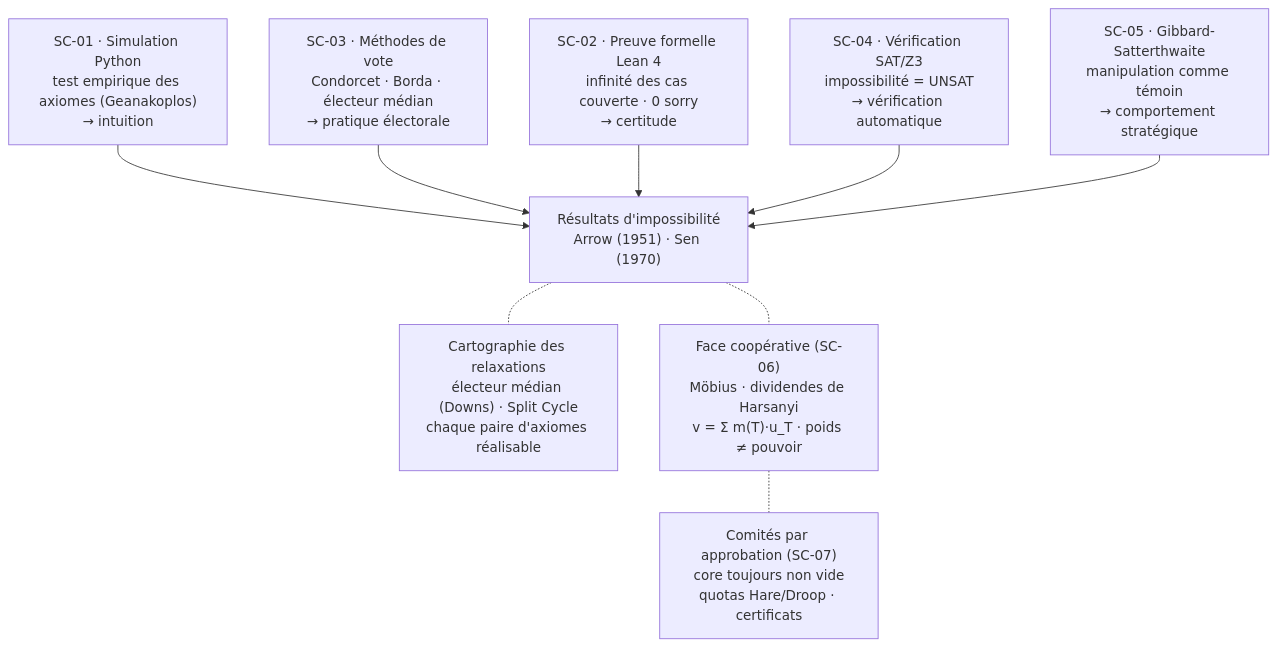
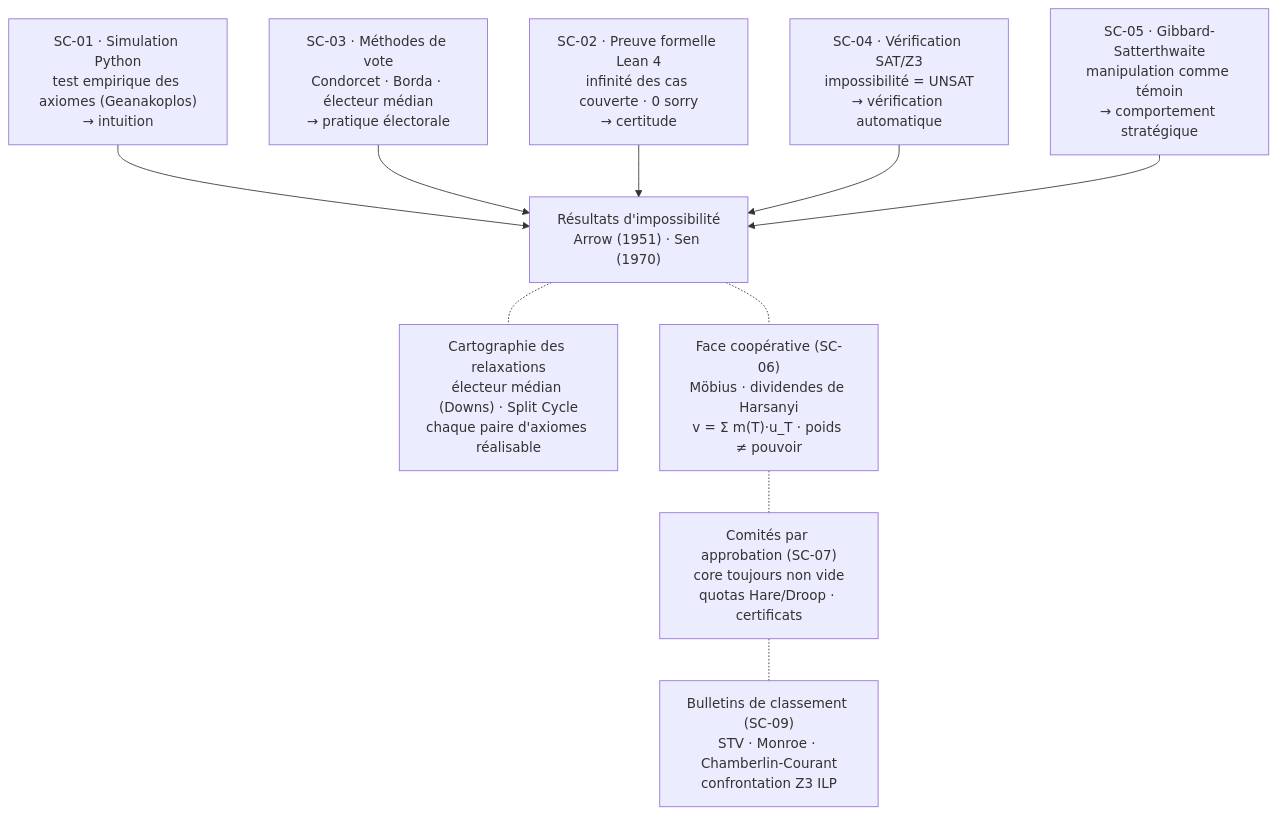
One commit to jsboige/CoursIA changed the diagram in MyIA.AI.Notebooks/GameTheory/SocialChoice/README.md. Above: the diagram before and after it, drawn with Mermaid. The commit also changed other lines of this file and 1 other file, not shown here.

````diff
--- a/MyIA.AI.Notebooks/GameTheory/SocialChoice/README.md
+++ b/MyIA.AI.Notebooks/GameTheory/SocialChoice/README.md
@@ -50,19 +51,20 @@
 ```mermaid
 flowchart TD
     Result["Résultats d'impossibilité<br/>Arrow (1951) · Sen (1970)"]
 
     E1["SC-01 · Simulation Python<br/>test empirique des axiomes (Geanakoplos)<br/>→ intuition"]
     E2["SC-03 · Méthodes de vote<br/>Condorcet · Borda · électeur médian<br/>→ pratique électorale"]
     E3["SC-02 · Preuve formelle Lean 4<br/>infinité des cas couverte · 0 sorry<br/>→ certitude"]
     E4["SC-04 · Vérification SAT/Z3<br/>impossibilité = UNSAT<br/>→ vérification automatique"]
     E5["SC-05 · Gibbard-Satterthwaite<br/>manipulation comme témoin<br/>→ comportement stratégique"]
 
     E1 --> Result
     E2 --> Result
     E3 --> Result
     E4 --> Result
     E5 --> Result
     Result -.- Relax["Cartographie des relaxations<br/>électeur médian (Downs) · Split Cycle<br/>chaque paire d'axiomes réalisable"]
     Result -.- Coop["Face coopérative (SC-06)<br/>Möbius · dividendes de Harsanyi<br/>v = Σ m(T)·u_T · poids ≠ pouvoir"]
     Coop -.- Comm["Comités par approbation (SC-07)<br/>core toujours non vide<br/>quotas Hare/Droop · certificats"]
+    Comm -.- Rank2["Bulletins de classement (SC-09)<br/>STV · Monroe · Chamberlin-Courant<br/>confrontation Z3 ILP"]
 ```
````
